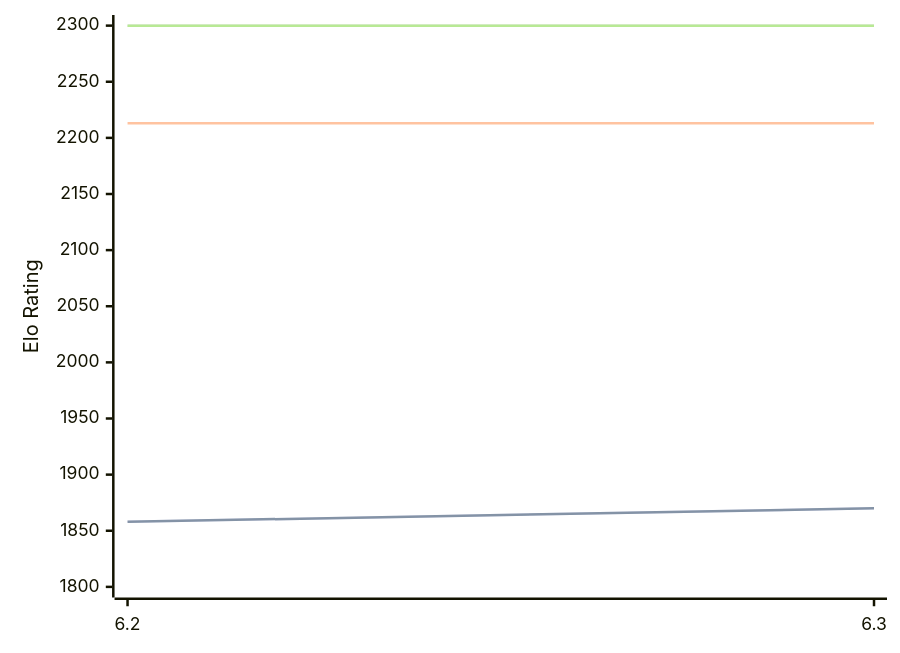
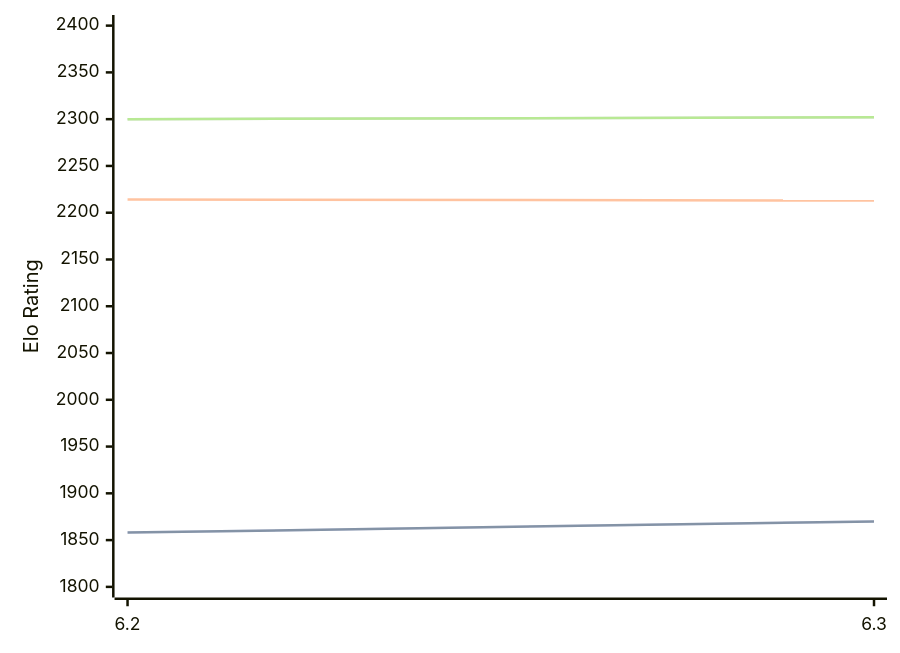
The diagram in engines/chess4j.md (computer-chess-index/cci), drawn with Mermaid before and after one commit. The commit also changed other lines of this file, not shown here.

Commit message:
Update CCI Ratings (ELO VLTC) - 2026-10-02

````diff
--- a/engines/chess4j.md
+++ b/engines/chess4j.md
@@ -32,11 +32,11 @@
 ```mermaid
 %%{init: {"theme":"base","themeVariables":{"seriesColors:['#a3a3a3','#222221','#faa371']}}}%%
 xychart-beta
   x-axis ["6.2", "6.3"]
-  y-axis "Elo Rating" 1800 --> 2300
+  y-axis "Elo Rating" 1800 --> 2400
   line "" [1858, 1870]
   line "STC (8.0+0.08s)" [1858, 1870]
-  line "LTC (60.0+0.60s)" [2213, 2213]
-  line "" [2300, 2300]
-  line "VLTC (2m24s+1.12s)" [2300, 2300]
+  line "LTC (60.0+0.60s)" [2214, 2213]
+  line "" [2300, 2302]
+  line "VLTC (2m24s+1.12s)" [2300, 2302]
 ```
````
